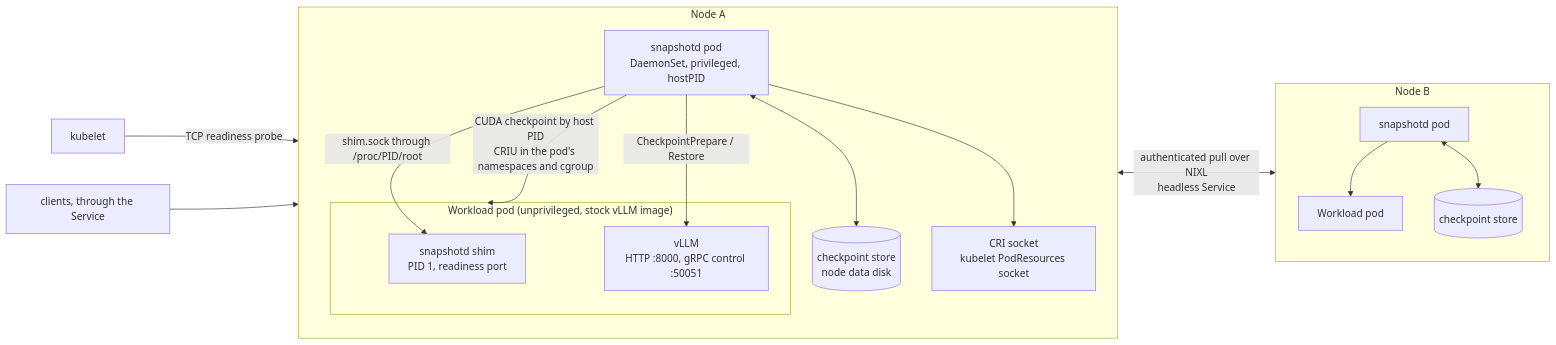
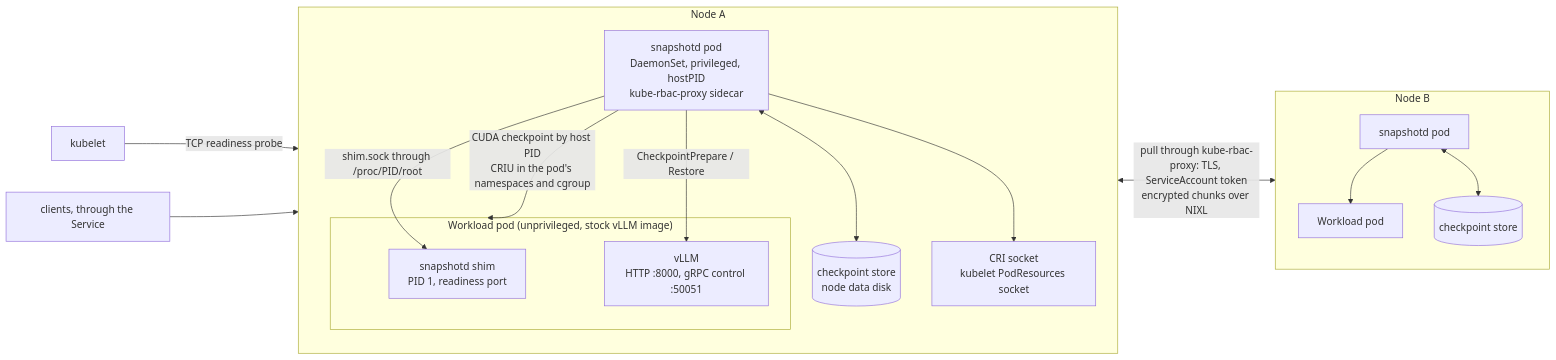
The first of 2 diagrams in docs/orchestration.md (wseaton/kserve-snapshot-poc), drawn with Mermaid before and after one commit. The commit also changed other lines of this file and 17 other files, not shown here.

````diff
--- a/docs/orchestration.md
+++ b/docs/orchestration.md
@@ -13,29 +13,29 @@
 ```mermaid
 flowchart LR
   subgraph A["Node A"]
     direction TB
     subgraph WA["Workload pod (unprivileged, stock vLLM image)"]
       SA["snapshotd shim<br/>PID 1, readiness port"]
       VA["vLLM<br/>HTTP :8000, gRPC control :50051"]
     end
-    DA["snapshotd pod<br/>DaemonSet, privileged, hostPID"]
+    DA["snapshotd pod<br/>DaemonSet, privileged, hostPID<br/>kube-rbac-proxy sidecar"]
     STA[("checkpoint store<br/>node data disk")]
     RA["CRI socket<br/>kubelet PodResources socket"]
     DA -- "shim.sock through /proc/PID/root" --> SA
     DA -- "CheckpointPrepare / Restore" --> VA
     DA -- "CUDA checkpoint by host PID<br/>CRIU in the pod's namespaces and cgroup" --> WA
     DA <--> STA
     DA --> RA
   end
   subgraph B["Node B"]
     direction TB
     DB["snapshotd pod"]
     STB[("checkpoint store")]
     WB["Workload pod"]
     DB --> WB
     DB <--> STB
   end
-  DA <-- "authenticated pull over NIXL<br/>headless Service" --> DB
+  DA <-- "pull through kube-rbac-proxy: TLS, ServiceAccount token<br/>encrypted chunks over NIXL" --> DB
   K["kubelet"] -- "TCP readiness probe" --> SA
   C["clients, through the Service"] --> VA
 ```
````
